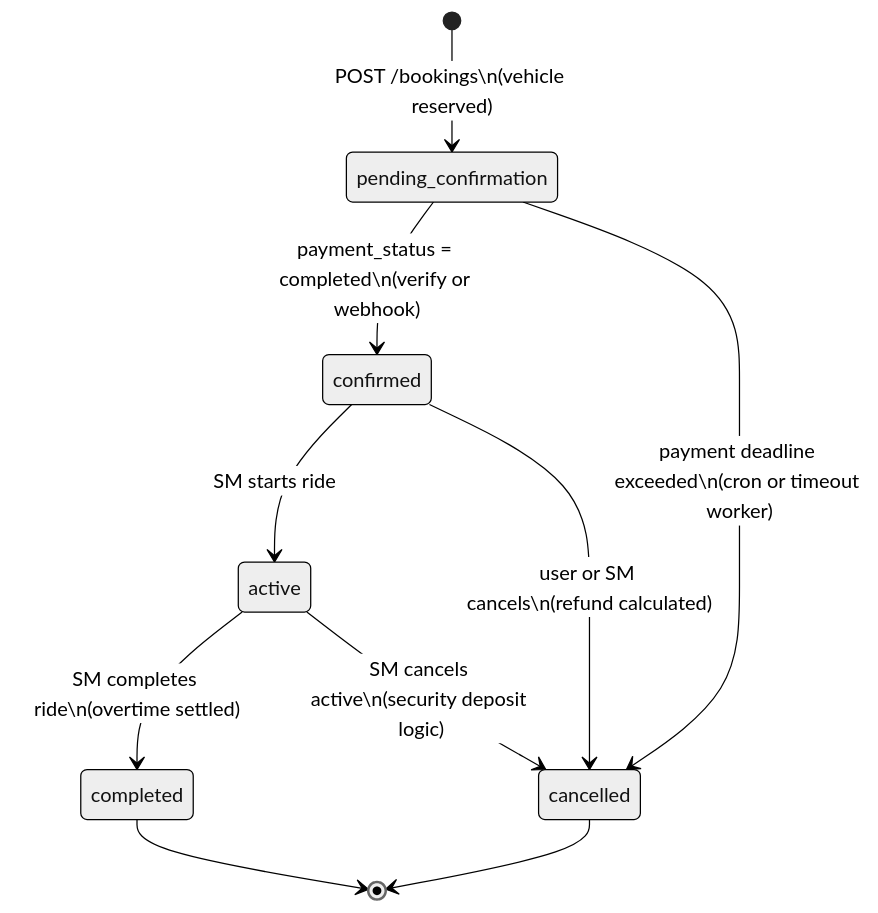
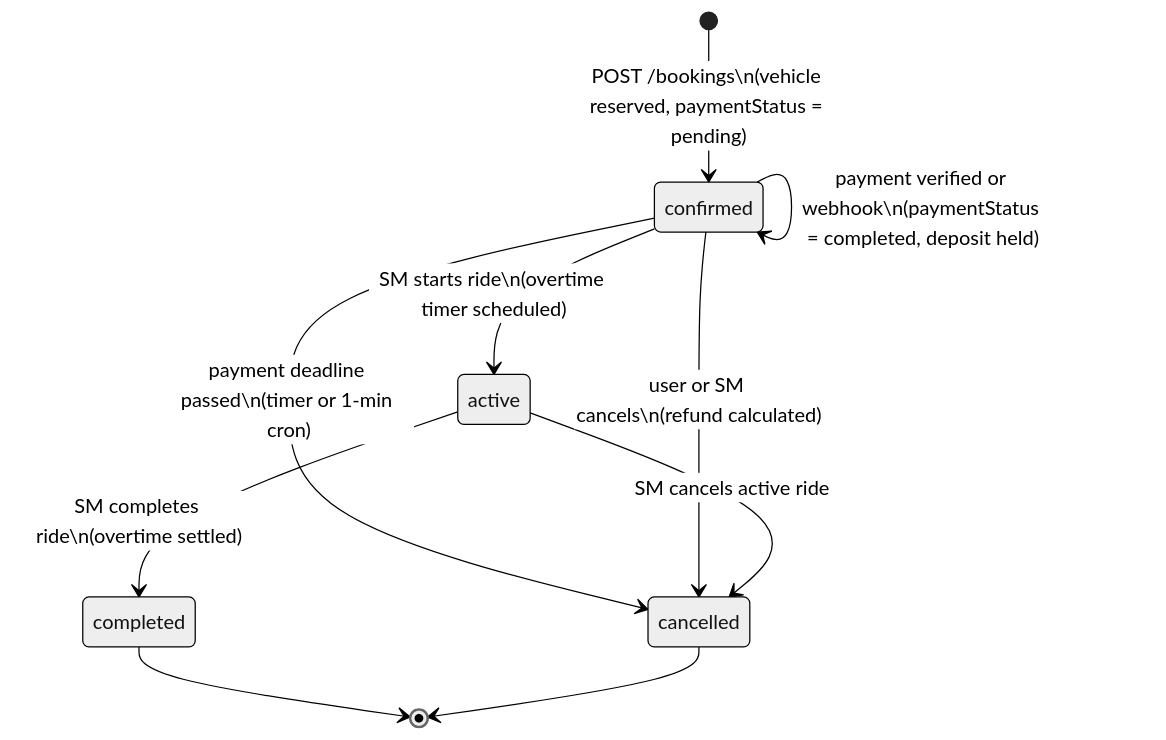
One commit to ShrutiPatel038/Agile_Project changed the second of 3 diagrams in docs/architecture.md. Above: the diagram before and after it, drawn with Mermaid (neutral theme). The commit also changed other lines of this file and 21 other files, not shown here.

````diff
--- a/docs/architecture.md
+++ b/docs/architecture.md
@@ -32,12 +34,12 @@
 ```mermaid
 stateDiagram-v2
-    [*] --> pending_confirmation : POST /bookings\n(vehicle reserved)
-    pending_confirmation --> confirmed : payment_status = completed\n(verify or webhook)
-    pending_confirmation --> cancelled : payment deadline exceeded\n(cron or timeout worker)
-    confirmed --> active : SM starts ride
+    [*] --> confirmed : POST /bookings\n(vehicle reserved, paymentStatus = pending)
+    confirmed --> confirmed : payment verified or webhook\n(paymentStatus = completed, deposit held)
+    confirmed --> cancelled : payment deadline passed\n(timer or 1-min cron)
+    confirmed --> active : SM starts ride\n(overtime timer scheduled)
     active --> completed : SM completes ride\n(overtime settled)
     confirmed --> cancelled : user or SM cancels\n(refund calculated)
-    active --> cancelled : SM cancels active\n(security deposit logic)
+    active --> cancelled : SM cancels active ride
     completed --> [*]
     cancelled --> [*]
 ```
````
